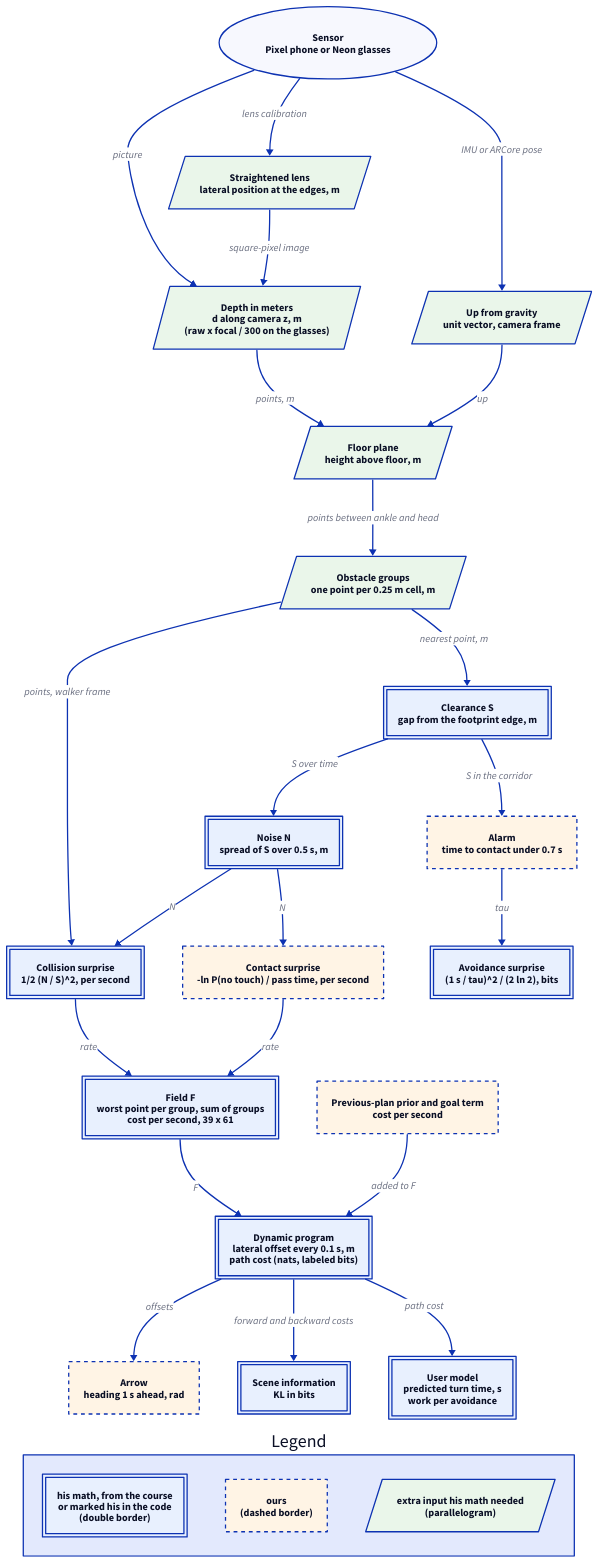
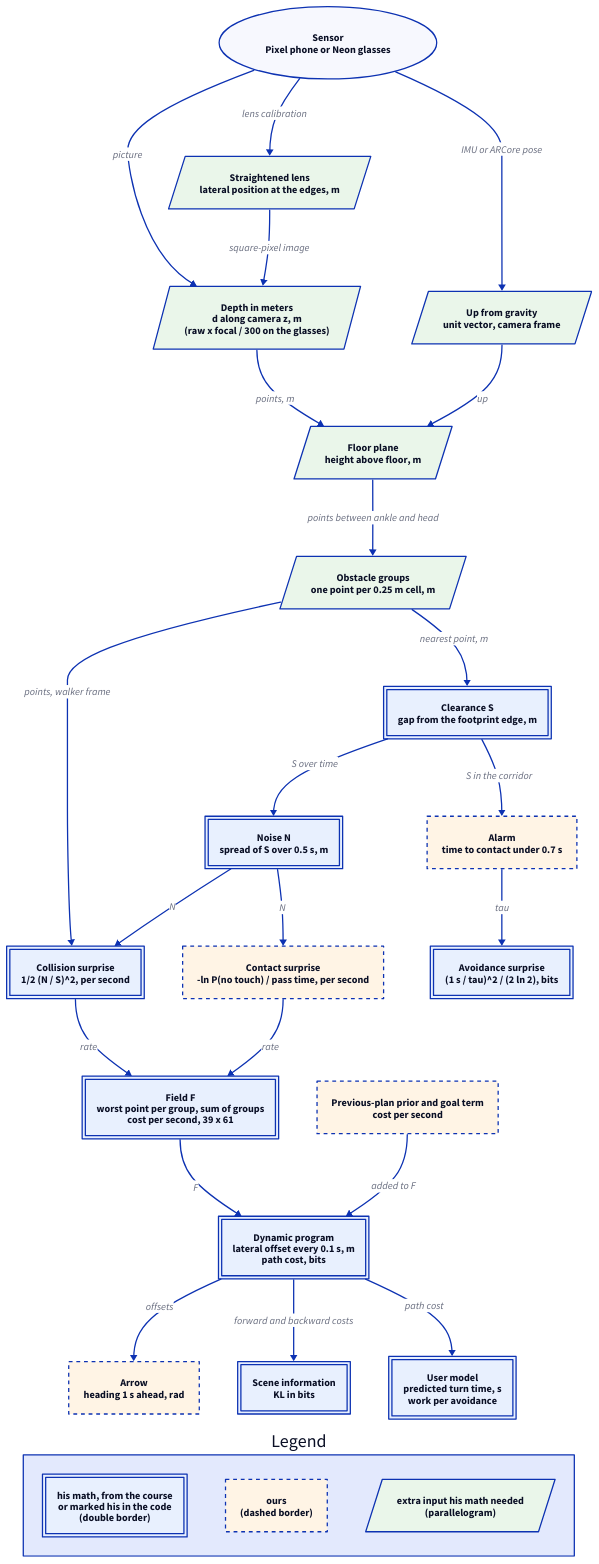
Before and after one commit to Re0mar/NeuromorphicPaths: the diagram in docs/diagrams/math_pipeline.d2, drawn with D2. The commit also changed 70 other files, not shown here.

```diff
--- a/docs/diagrams/math_pipeline.d2
+++ b/docs/diagrams/math_pipeline.d2
@@ -1,127 +1,127 @@
 # The math from the sensor to the arrow, one box per stage, each naming what it hands on and in
 # which units. Border and shape say whose math a stage is, so the professor's part can be told
 # from ours without relying on the fill color.
 
 direction: down
 
 classes: {
   his: {
     style.double-border: true
     style.fill: "#e8f0fe"
   }
   ours: {
     style.stroke-dash: 3
     style.fill: "#fff4e5"
   }
   extra: {
     shape: parallelogram
     style.fill: "#eaf6ea"
   }
 }
 
 sensor: "Sensor\nPixel phone or Neon glasses" {
   shape: oval
 }
 
 depth: "Depth in meters\nd along camera z, m\n(raw x focal / 300 on the glasses)" {
   class: extra
 }
 
 undistort: "Straightened lens\nlateral position at the edges, m" {
   class: extra
 }
 
 up: "Up from gravity\nunit vector, camera frame" {
   class: extra
 }
 
 floor: "Floor plane\nheight above floor, m" {
   class: extra
 }
 
 groups: "Obstacle groups\none point per 0.25 m cell, m" {
   class: extra
 }
 
 clearance: "Clearance S\ngap from the footprint edge, m" {
   class: his
 }
 
 noise: "Noise N\nspread of S over 0.5 s, m" {
   class: his
 }
 
 collision: "Collision surprise\n1/2 (N / S)^2, per second" {
   class: his
 }
 
 contact: "Contact surprise\n-ln P(no touch) / pass time, per second" {
   class: ours
 }
 
 field: "Field F\nworst point per group, sum of groups\ncost per second, 39 x 61" {
   class: his
 }
 
 memory: "Previous-plan prior and goal term\ncost per second" {
   class: ours
 }
 
-plan: "Dynamic program\nlateral offset every 0.1 s, m\npath cost (nats, labeled bits)" {
+plan: "Dynamic program\nlateral offset every 0.1 s, m\npath cost, bits" {
   class: his
 }
 
 arrow: "Arrow\nheading 1 s ahead, rad" {
   class: ours
 }
 
 alarm: "Alarm\ntime to contact under 0.7 s" {
   class: ours
 }
 
 avoidance: "Avoidance surprise\n(1 s / tau)^2 / (2 ln 2), bits" {
   class: his
 }
 
 information: "Scene information\nKL in bits" {
   class: his
 }
 
 usermodel: "User model\npredicted turn time, s\nwork per avoidance" {
   class: his
 }
 
 sensor -> depth: "picture"
 sensor -> undistort: "lens calibration"
 sensor -> up: "IMU or ARCore pose"
 depth -> floor: "points, m"
 undistort -> depth: "square-pixel image"
 up -> floor: "up"
 floor -> groups: "points between ankle and head"
 groups -> clearance: "nearest point, m"
 clearance -> noise: "S over time"
 groups -> collision: "points, walker frame"
 noise -> collision: "N"
 noise -> contact: "N"
 collision -> field: "rate"
 contact -> field: "rate"
 field -> plan: "F"
 memory -> plan: "added to F"
 plan -> arrow: "offsets"
 plan -> information: "forward and backward costs"
 plan -> usermodel: "path cost"
 clearance -> alarm: "S in the corridor"
 alarm -> avoidance: "tau"
 
 legend: "Legend" {
   near: bottom-center
   his_key: "his math, from the course\nor marked his in the code\n(double border)" {
     class: his
   }
   ours_key: "ours\n(dashed border)" {
     class: ours
   }
   extra_key: "extra input his math needed\n(parallelogram)" {
     class: extra
   }
 }
```
